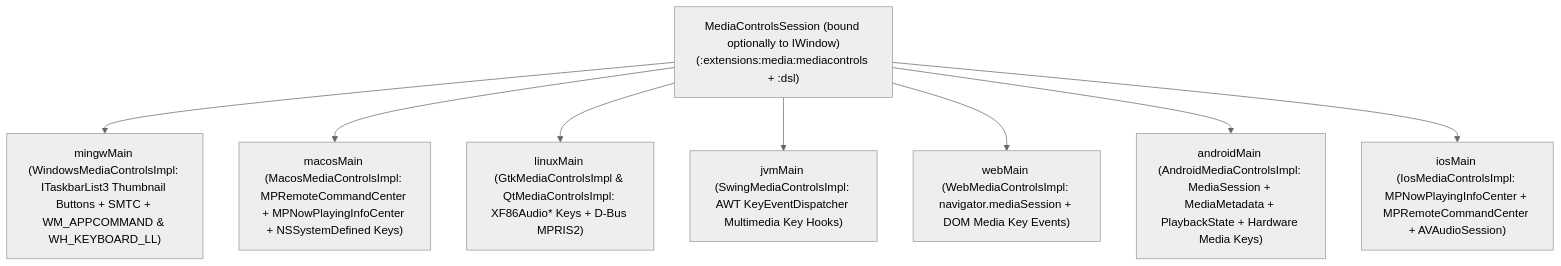
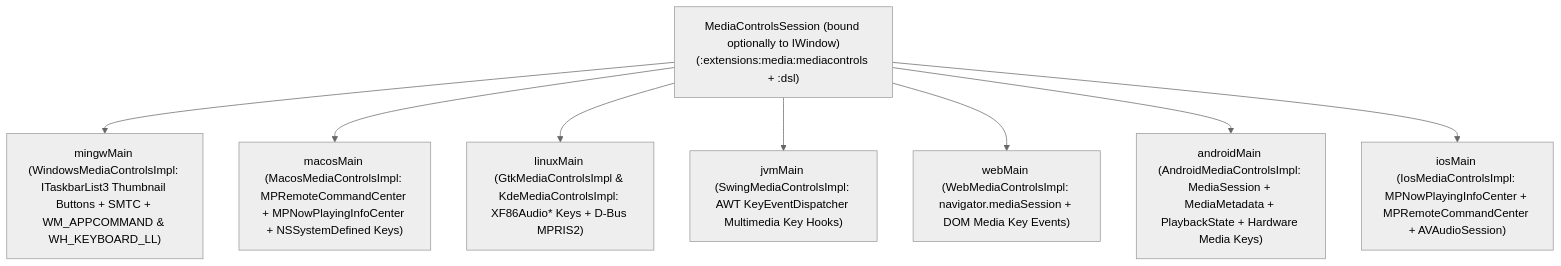
One commit to GenericUI/Extensions changed the diagram in docs/mediacontrols.md. Above: the diagram before and after it, drawn with Mermaid (neutral theme). The commit also changed other lines of this file and 277 other files, not shown here.

````diff
--- a/docs/mediacontrols.md
+++ b/docs/mediacontrols.md
@@ -18,19 +18,19 @@
 ```mermaid
 flowchart TD
     Session["MediaControlsSession (bound optionally to IWindow)<br/>(:extensions:media:mediacontrols + :dsl)"]
     Win["mingwMain (WindowsMediaControlsImpl: ITaskbarList3 Thumbnail Buttons + SMTC + WM_APPCOMMAND & WH_KEYBOARD_LL)"]
     Mac["macosMain (MacosMediaControlsImpl: MPRemoteCommandCenter + MPNowPlayingInfoCenter + NSSystemDefined Keys)"]
-    Linux["linuxMain (GtkMediaControlsImpl & QtMediaControlsImpl: XF86Audio* Keys + D-Bus MPRIS2)"]
+    Linux["linuxMain (GtkMediaControlsImpl & KdeMediaControlsImpl: XF86Audio* Keys + D-Bus MPRIS2)"]
     Swing["jvmMain (SwingMediaControlsImpl: AWT KeyEventDispatcher Multimedia Key Hooks)"]
     Web["webMain (WebMediaControlsImpl: navigator.mediaSession + DOM Media Key Events)"]
     Android["androidMain (AndroidMediaControlsImpl: MediaSession + MediaMetadata + PlaybackState + Hardware Media Keys)"]
     Ios["iosMain (IosMediaControlsImpl: MPNowPlayingInfoCenter + MPRemoteCommandCenter + AVAudioSession)"]
 
     Session --> Win
     Session --> Mac
     Session --> Linux
     Session --> Swing
     Session --> Web
     Session --> Android
     Session --> Ios
 ```
````
